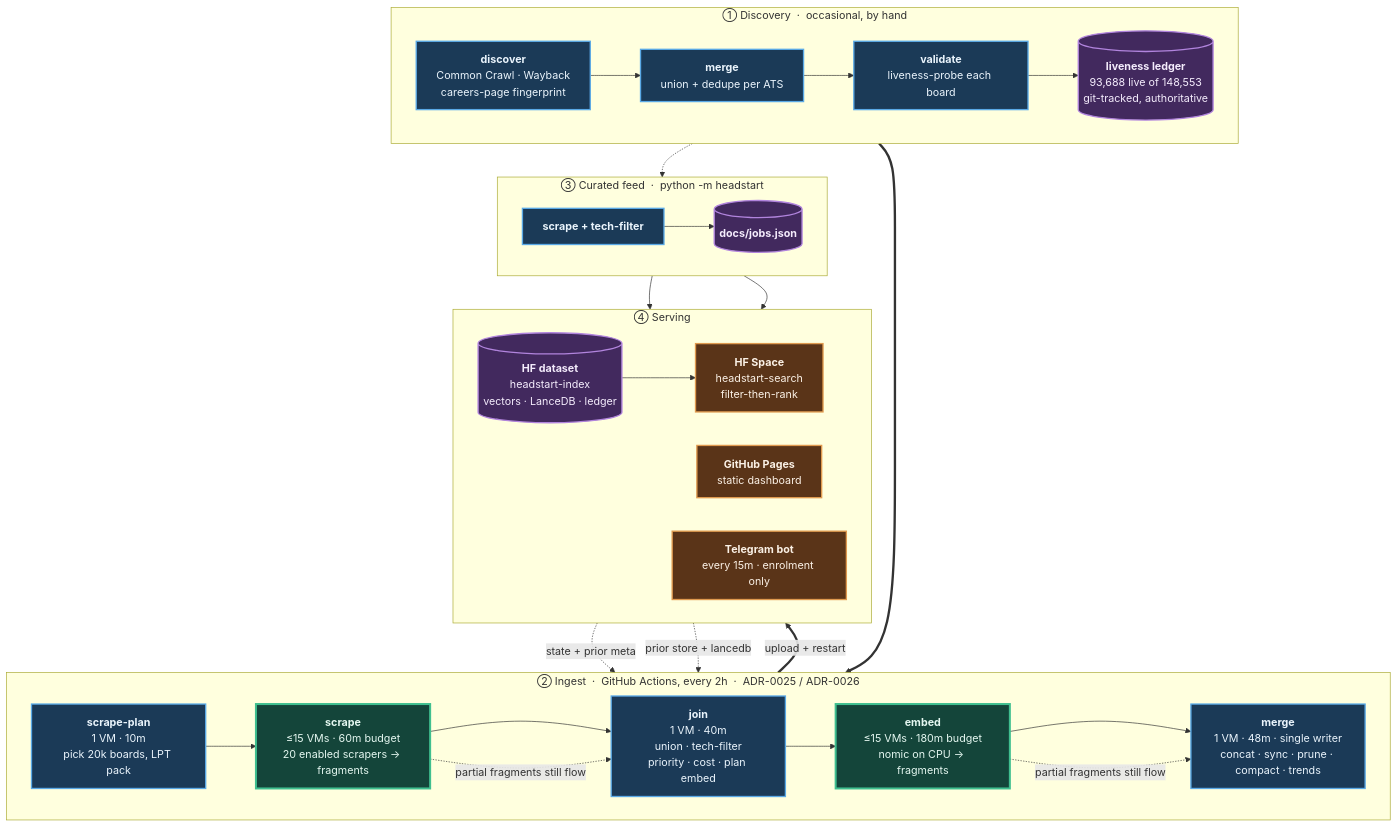
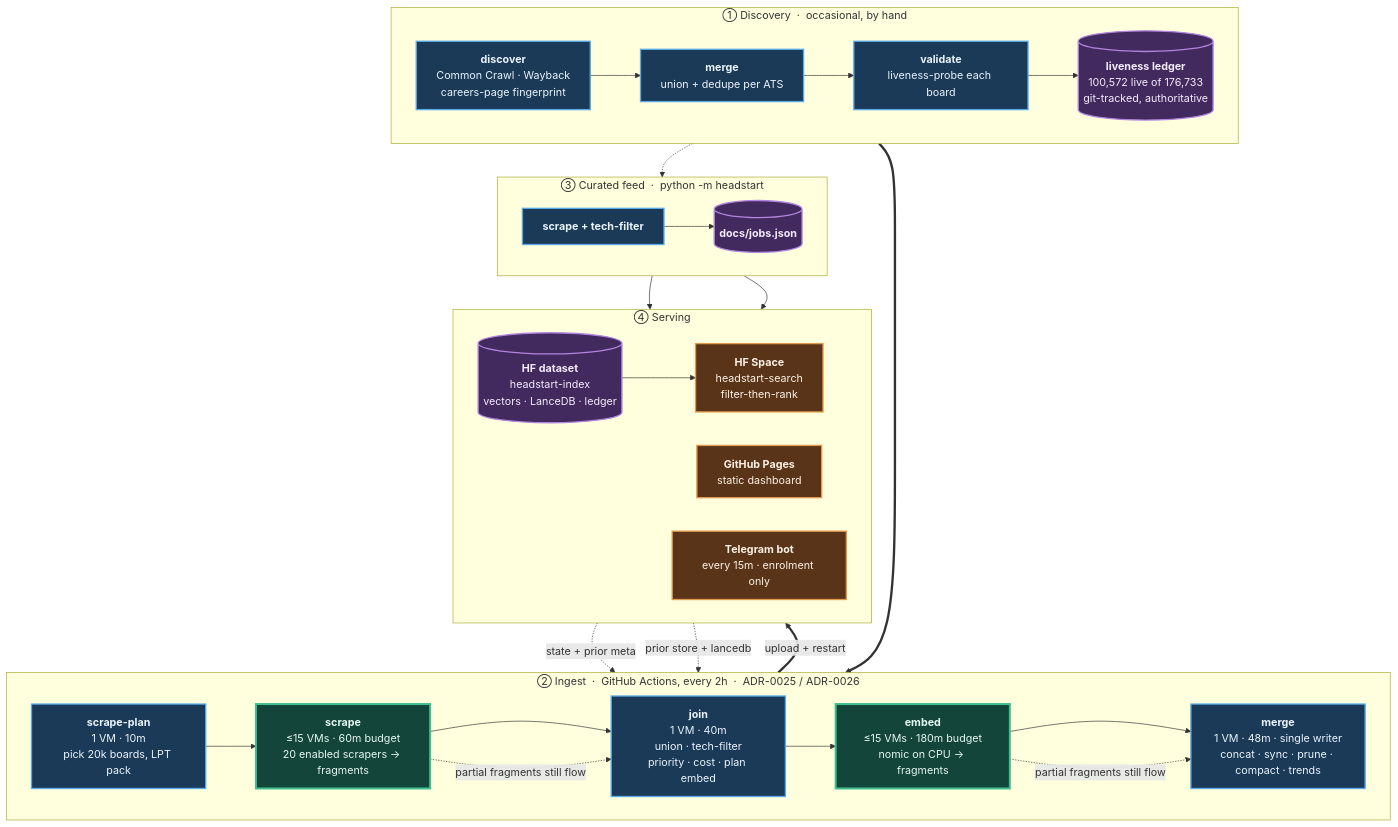
One commit to sarthakjain004/headstart changed the diagram in README.md. Above: the diagram before and after it, drawn with Mermaid. The commit also changed other lines of this file and 19 other files, not shown here.

First line of the commit message:
data(liveness): re-probe the dead pool, +499 live; refresh README counts

````diff
--- a/README.md
+++ b/README.md
@@ -35,56 +35,56 @@
 ```mermaid
 flowchart TB
     subgraph D["① Discovery &nbsp;·&nbsp; occasional, by hand"]
         direction LR
         D1["<b>discover</b><br/>Common Crawl · Wayback<br/>careers-page fingerprint"]
         D2["<b>merge</b><br/>union + dedupe per ATS"]
         D3["<b>validate</b><br/>liveness-probe each board"]
-        D4[("<b>liveness ledger</b><br/>93,688 live of 148,553<br/>git-tracked, authoritative")]
+        D4[("<b>liveness ledger</b><br/>100,572 live of 176,733<br/>git-tracked, authoritative")]
         D1 --> D2 --> D3 --> D4
     end
 
     subgraph P["② Ingest &nbsp;·&nbsp; GitHub Actions, every 2h &nbsp;·&nbsp; ADR-0025 / ADR-0026"]
         direction LR
         P1["<b>scrape-plan</b><br/>1 VM · 10m<br/>pick 20k boards, LPT pack"]
         P2["<b>scrape</b><br/>≤15 VMs · 60m budget<br/>20 enabled scrapers → fragments"]
         P3["<b>join</b><br/>1 VM · 40m<br/>union · tech-filter<br/>priority · cost · plan embed"]
         P4["<b>embed</b><br/>≤15 VMs · 180m budget<br/>nomic on CPU → fragments"]
         P5["<b>merge</b><br/>1 VM · 48m · single writer<br/>concat · sync · prune · compact · trends"]
         P1 --> P2 --> P3 --> P4 --> P5
     end
 
     subgraph F["③ Curated feed &nbsp;·&nbsp; python -m headstart"]
         direction LR
         F1["<b>scrape + tech-filter</b>"]
         F2[("<b>docs/jobs.json</b>")]
         F1 --> F2
     end
 
     subgraph S["④ Serving"]
         direction LR
         S1[("<b>HF dataset</b><br/>headstart-index<br/>vectors · LanceDB · ledger")]
         S2["<b>HF Space</b><br/>headstart-search<br/>filter-then-rank"]
         S3["<b>GitHub Pages</b><br/>static dashboard"]
         S4["<b>Telegram bot</b><br/>every 15m · enrolment only"]
         S1 --> S2
     end
 
     D4 ==> P1
     S1 -. "state + prior meta" .-> P1
     S1 -. "prior store + lancedb" .-> P5
     D4 -.-> F1
     P5 ==>|"upload + restart"| S1
     F2 --> S3
     F2 --> S4
     P2 -. "partial fragments still flow" .-> P3
     P4 -. "partial fragments still flow" .-> P5
 
     classDef serial fill:#1b3a57,stroke:#5aa9e6,stroke-width:2px,color:#eaf4fc
     classDef fan fill:#14453a,stroke:#3fbf8f,stroke-width:3px,color:#e4f7f0
     classDef store fill:#42295e,stroke:#b184dd,stroke-width:2px,color:#f4ecfc
     classDef serve fill:#5a3418,stroke:#e09a4f,stroke-width:2px,color:#fbf1e6
     class D1,D2,D3,P1,P3,P5,F1 serial
     class P2,P4 fan
     class D4,F2,S1 store
     class S2,S3,S4 serve
 ```
````
